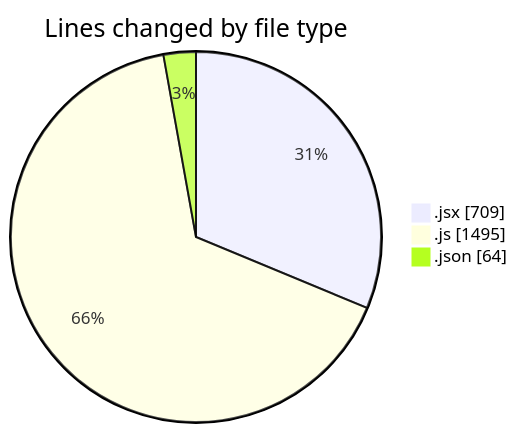
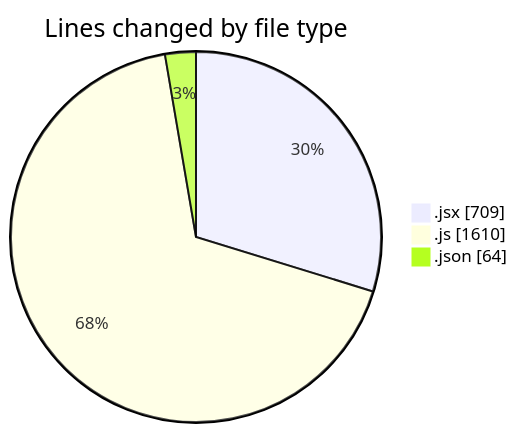
One commit to nxtqubesakshisongat/code-tracking changed the first of 2 diagrams in 2025-11-05/nxtqube_webapp/README.md. Above: the diagram before and after it, drawn with Mermaid. The commit also changed other lines of this file and 1 other file, not shown here.

````diff
--- a/2025-11-05/nxtqube_webapp/README.md
+++ b/2025-11-05/nxtqube_webapp/README.md
@@ -29,7 +30,7 @@
 ```mermaid
 pie showData
 title Lines changed by file type
 ".jsx" : 709
-".js" : 1495
+".js" : 1610
 ".json" : 64
 ```
````
